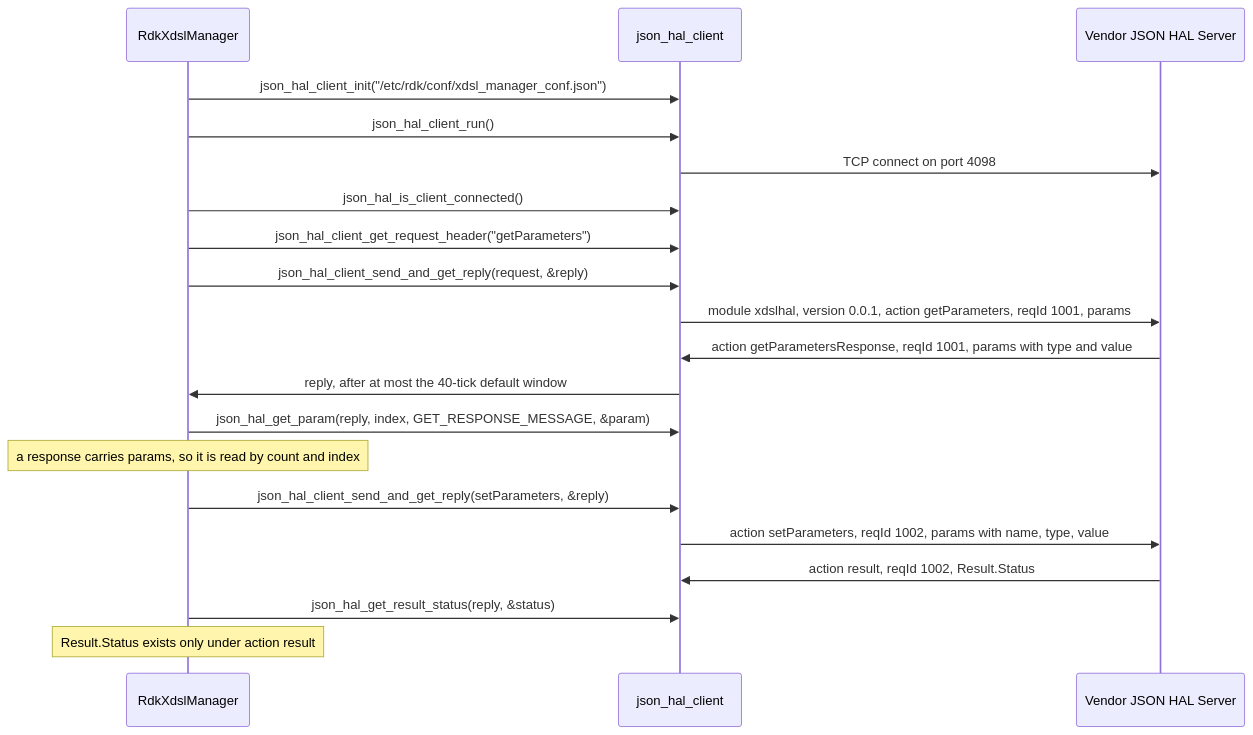
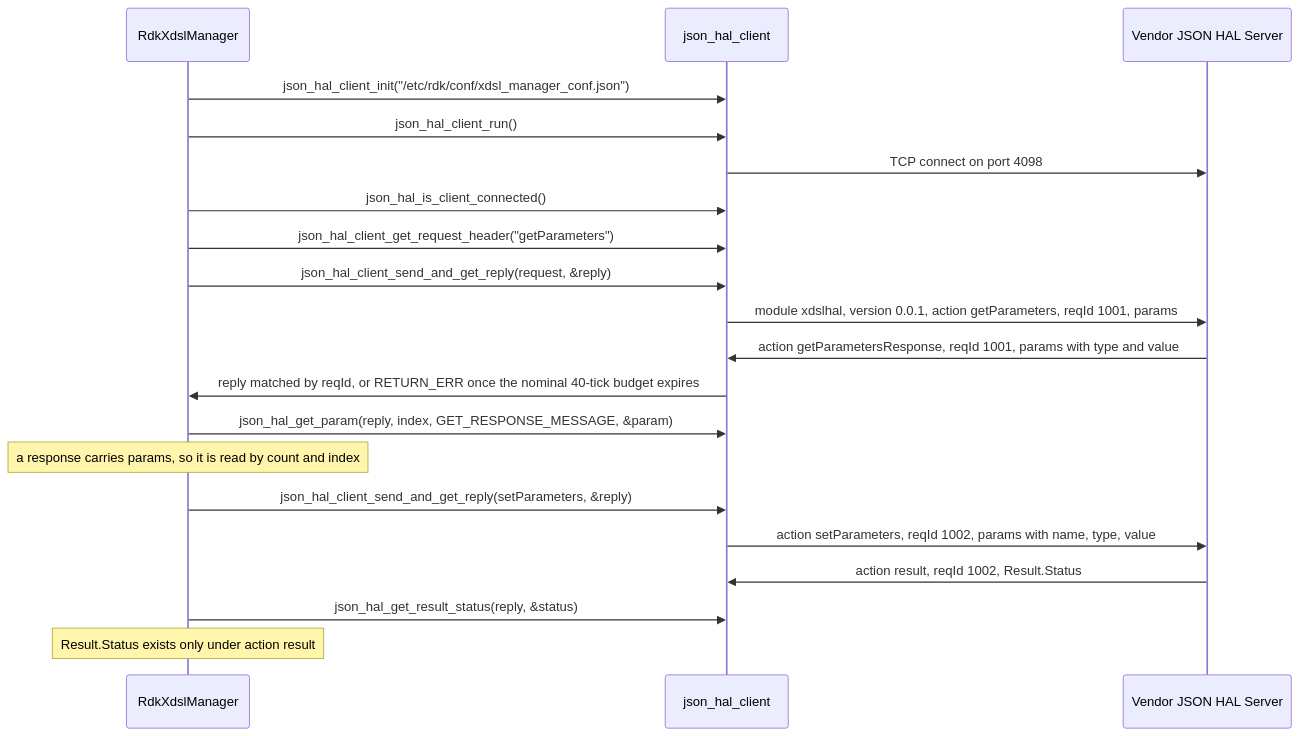
The first of 2 diagrams in docs/pages/halSpecDetailed.md (Blitzy-Sky/xdsl-manager), drawn with Mermaid before and after one commit. The commit also changed other lines of this file and 3 other files, not shown here.

````diff
--- a/docs/pages/halSpecDetailed.md
+++ b/docs/pages/halSpecDetailed.md
@@ -111,22 +113,22 @@
 ```mermaid
 sequenceDiagram
     participant Mgr as RdkXdslManager
     participant Cli as json_hal_client
     participant Srv as Vendor JSON HAL Server
     Mgr->>Cli: json_hal_client_init("/etc/rdk/conf/xdsl_manager_conf.json")
     Mgr->>Cli: json_hal_client_run()
     Cli->>Srv: TCP connect on port 4098
     Mgr->>Cli: json_hal_is_client_connected()
     Mgr->>Cli: json_hal_client_get_request_header("getParameters")
     Mgr->>Cli: json_hal_client_send_and_get_reply(request, &reply)
     Cli->>Srv: module xdslhal, version 0.0.1, action getParameters, reqId 1001, params
     Srv->>Cli: action getParametersResponse, reqId 1001, params with type and value
-    Cli->>Mgr: reply, after at most the 40-tick default window
+    Cli->>Mgr: reply matched by reqId, or RETURN_ERR once the nominal 40-tick budget expires
     Mgr->>Cli: json_hal_get_param(reply, index, GET_RESPONSE_MESSAGE, &param)
     Note over Mgr: a response carries params, so it is read by count and index
     Mgr->>Cli: json_hal_client_send_and_get_reply(setParameters, &reply)
     Cli->>Srv: action setParameters, reqId 1002, params with name, type, value
     Srv->>Cli: action result, reqId 1002, Result.Status
     Mgr->>Cli: json_hal_get_result_status(reply, &status)
     Note over Mgr: Result.Status exists only under action result
 ```
````
